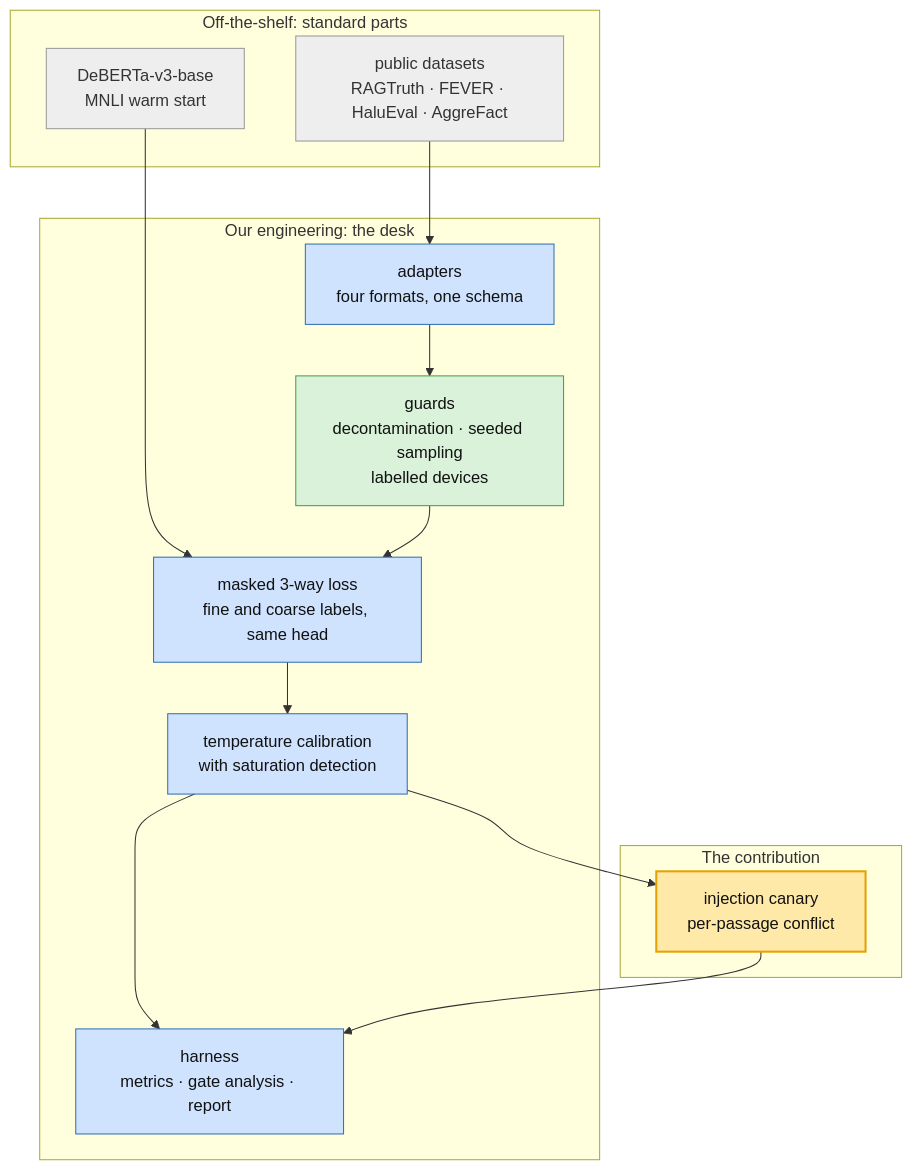
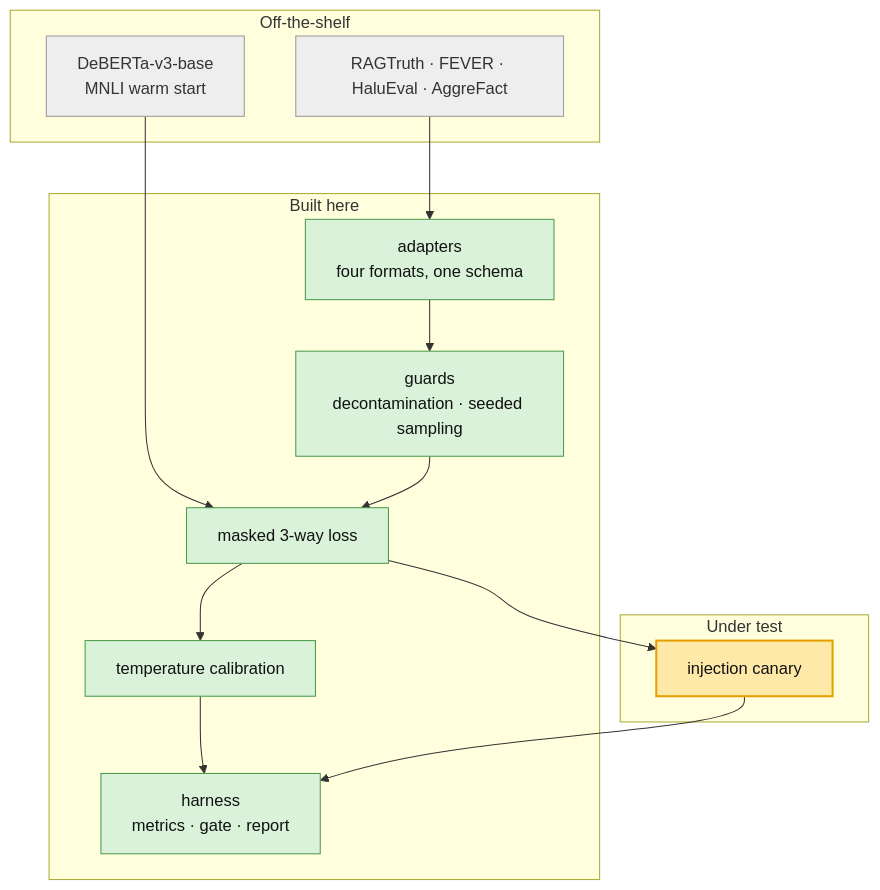
One commit to swgoodman/groundcontrol changed the third of 3 diagrams in README.md. Above: the diagram before and after it, drawn with Mermaid. The commit also changed other lines of this file and 3 other files, not shown here.

````diff
--- a/README.md
+++ b/README.md
@@ -275,29 +92,25 @@
 ```mermaid
 flowchart TB
-    subgraph L1["Off-the-shelf: standard parts"]
-        BASE["DeBERTa-v3-base<br/>MNLI warm start"]:::stock
-        DS["public datasets<br/>RAGTruth · FEVER · HaluEval · AggreFact"]:::stock
+    subgraph L1["Off-the-shelf"]
+        BASE["DeBERTa-v3-base<br/>MNLI warm start"]:::ok
+        DS["RAGTruth · FEVER · HaluEval · AggreFact"]:::ok
     end
-
-    subgraph L2["Our engineering: the desk"]
-        ADAPT["adapters<br/>four formats, one schema"]:::built
-        GUARD["guards<br/>decontamination · seeded sampling<br/>labelled devices"]:::guard
-        LOSS["masked 3-way loss<br/>fine and coarse labels, same head"]:::built
-        CAL["temperature calibration<br/>with saturation detection"]:::built
-        HARN["harness<br/>metrics · gate analysis · report"]:::built
+    subgraph L2["Built here"]
+        ADAPT["adapters<br/>four formats, one schema"]:::good
+        GUARD["guards<br/>decontamination · seeded sampling"]:::good
+        LOSS["masked 3-way loss"]:::good
+        CAL["temperature calibration"]:::good
+        HARN["harness<br/>metrics · gate · report"]:::good
     end
-
-    subgraph L3["The contribution"]
-        CAN["injection canary<br/>per-passage conflict"]:::hero
+    subgraph L3["Under test"]
+        CAN["injection canary"]:::hero
     end
-
     BASE --> LOSS
     DS --> ADAPT --> GUARD --> LOSS --> CAL --> HARN
-    CAL --> CAN
-    CAN --> HARN
+    LOSS --> CAN --> HARN
 
-    classDef stock fill:#eee,stroke:#999,color:#333;
-    classDef built fill:#cfe3ff,stroke:#2f6fb3,color:#111;
-    classDef guard fill:#d9f2d9,stroke:#4a9a4a,color:#111;
+    classDef bad fill:#ffd6d6,stroke:#c44,color:#111;
+    classDef good fill:#d9f2d9,stroke:#4a9a4a,color:#111;
+    classDef ok fill:#eee,stroke:#999,color:#333;
     classDef hero fill:#ffe9a8,stroke:#e6a100,stroke-width:2px,color:#111;
 ```
````
